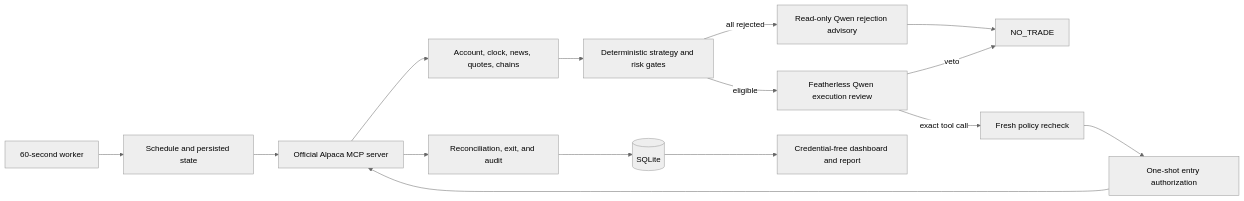
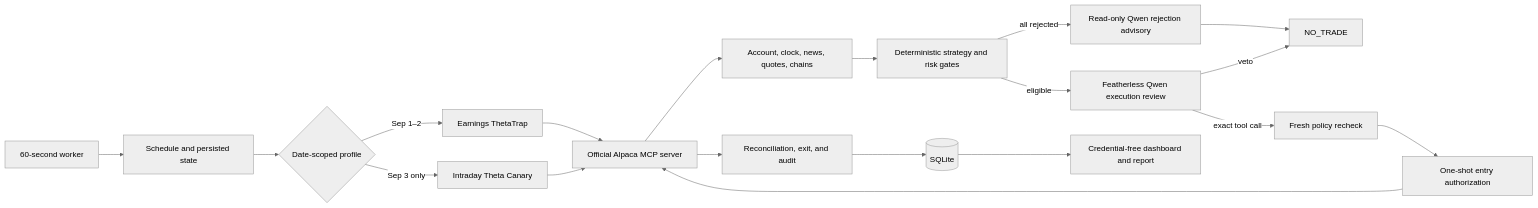
The diagram in README.md (Ryo0326-hub/agent-apple), drawn with Mermaid (neutral theme) before and after one commit. The commit also changed other lines of this file and 37 other files, not shown here.

Commit message:
feat: add Sep 3 intraday theta canary

````diff
--- a/README.md
+++ b/README.md
@@ -54,17 +57,22 @@
 ```mermaid
 flowchart LR
     W[60-second worker] --> S[Schedule and persisted state]
-    S --> M[Official Alpaca MCP server]
+    S --> F{Date-scoped profile}
+    F -->|Sep 1–2| E[Earnings ThetaTrap]
+    F -->|Sep 3 only| C[Intraday Theta Canary]
+    E --> M
+    C --> M
+    M[Official Alpaca MCP server]
     M --> D[Account, clock, news, quotes, chains]
     D --> G[Deterministic strategy and risk gates]
     G -->|eligible| Q[Featherless Qwen execution review]
     G -->|all rejected| QA[Read-only Qwen rejection advisory]
     QA --> N[Deterministic rejection remains final]
     Q -->|veto| N[NO_TRADE]
     Q -->|exact tool call| P[Fresh policy recheck]
     P --> A[One-shot entry authorization]
     A --> M
     M --> R[Reconciliation, exit, and audit]
     R --> DB[(SQLite)]
     DB --> UI[Credential-free dashboard and report]
 ```
````
